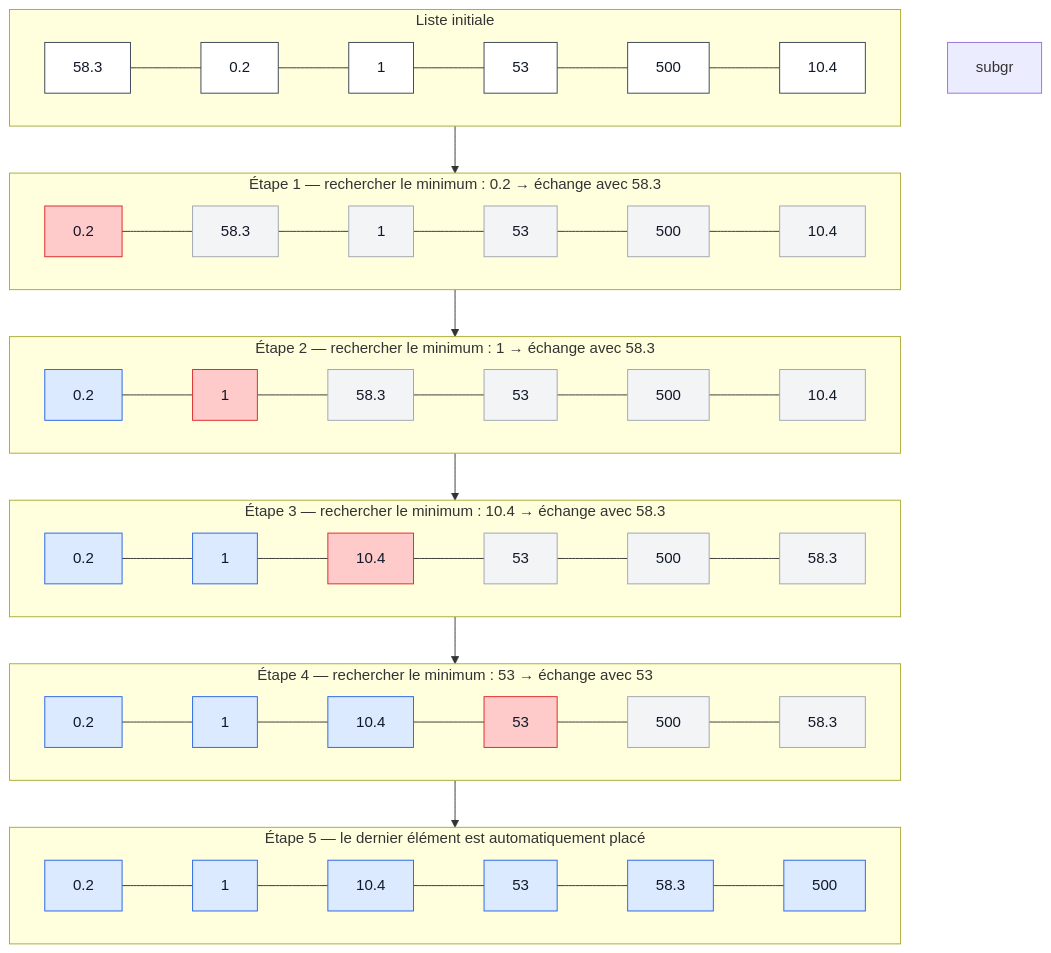
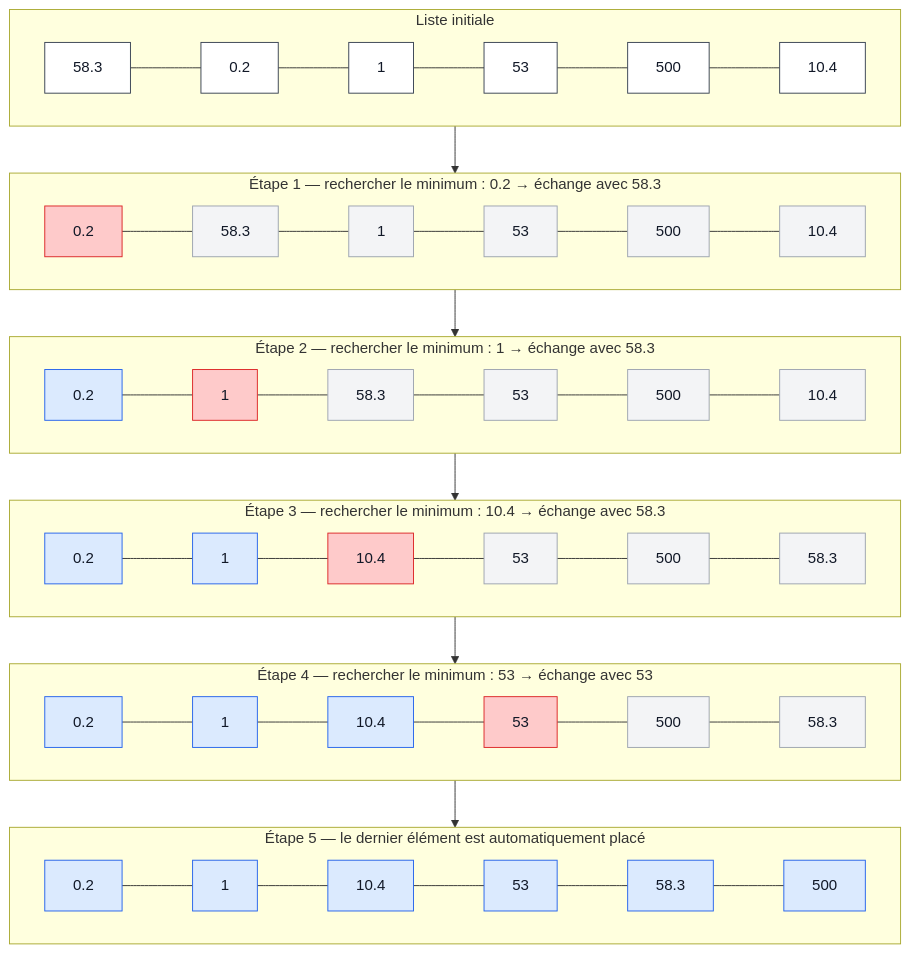
Before and after one commit to Ogust1-off/Informatique: the first of 2 diagrams in cours.md, drawn with Mermaid.

````diff
--- a/cours.md
+++ b/cours.md
@@ -847,41 +847,40 @@
 ```mermaid
 flowchart TB
 
     subgraph S0["Liste initiale"]
         direction LR
         A1["58.3"]:::normal --- A2["0.2"]:::normal --- A3["1"]:::normal --- A4["53"]:::normal --- A5["500"]:::normal --- A6["10.4"]:::normal
     end
 
     subgraph S1["Étape 1 — rechercher le minimum : 0.2 → échange avec 58.3"]
         direction LR
         B1["0.2"]:::selected --- B2["58.3"]:::unsorted --- B3["1"]:::unsorted --- B4["53"]:::unsorted --- B5["500"]:::unsorted --- B6["10.4"]:::unsorted
     end
 
     subgraph S2["Étape 2 — rechercher le minimum : 1 → échange avec 58.3"]
         direction LR
         C1["0.2"]:::sorted --- C2["1"]:::selected --- C3["58.3"]:::unsorted --- C4["53"]:::unsorted --- C5["500"]:::unsorted --- C6["10.4"]:::unsorted
     end
 
     subgraph S3["Étape 3 — rechercher le minimum : 10.4 → échange avec 58.3"]
         direction LR
         D1["0.2"]:::sorted --- D2["1"]:::sorted --- D3["10.4"]:::selected --- D4["53"]:::unsorted --- D5["500"]:::unsorted --- D6["58.3"]:::unsorted
     end
 
     subgraph S4["Étape 4 — rechercher le minimum : 53 → échange avec 53"]
         direction LR
         E1["0.2"]:::sorted --- E2["1"]:::sorted --- E3["10.4"]:::sorted --- E4["53"]:::selected --- E5["500"]:::unsorted --- E6["58.3"]:::unsorted
     end
 
     subgraph S5["Étape 5 — le dernier élément est automatiquement placé"]
         direction LR
         F1["0.2"]:::sorted --- F2["1"]:::sorted --- F3["10.4"]:::sorted --- F4["53"]:::sorted --- F5["58.3"]:::sorted --- F6["500"]:::sorted
     end
 
     S0 --> S1 --> S2 --> S3 --> S4 --> S5
 
     classDef normal fill:#ffffff,stroke:#374151,color:#111827;
     classDef sorted fill:#dbeafe,stroke:#2563eb,color:#111827;
     classDef selected fill:#fecaca,stroke:#dc2626,color:#111827;
     classDef unsorted fill:#f3f4f6,stroke:#9ca3af,color:#111827;
-    subgr
 ```
````
